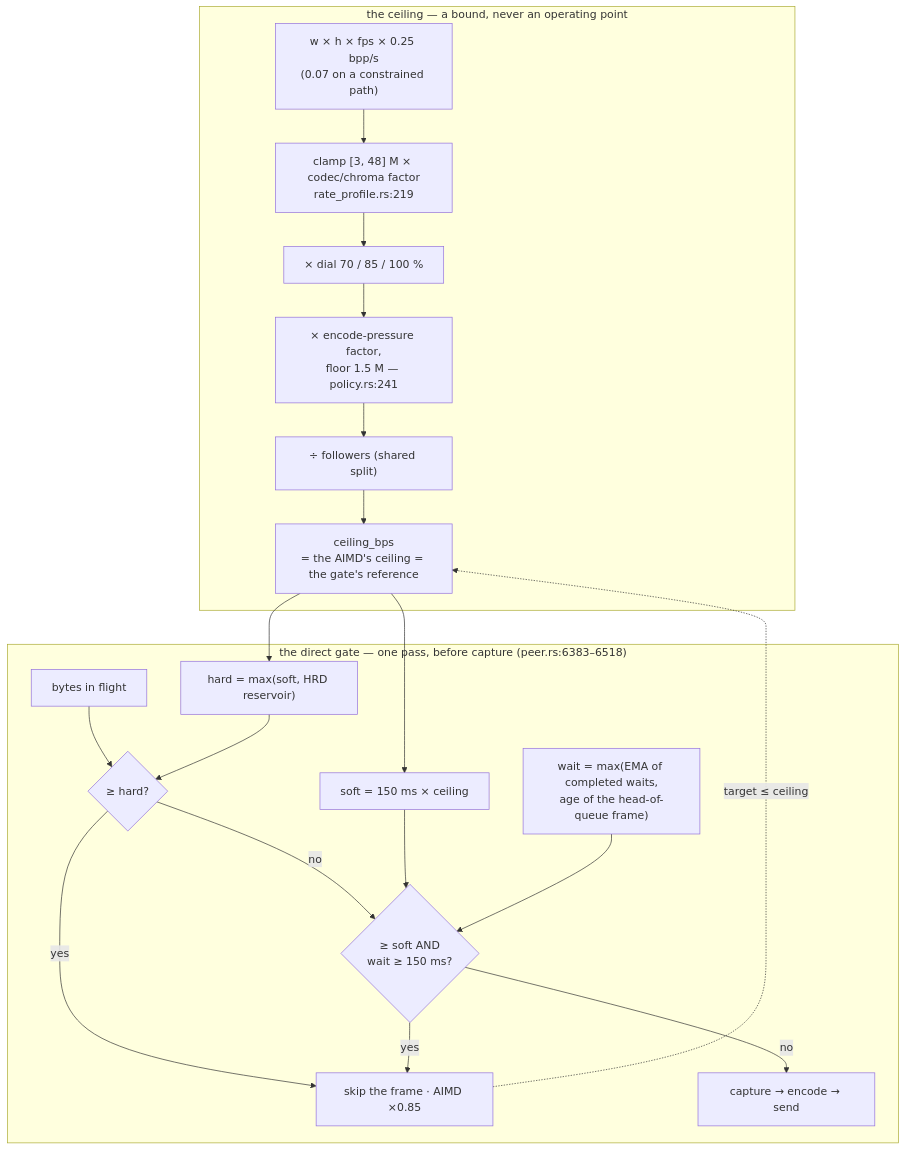
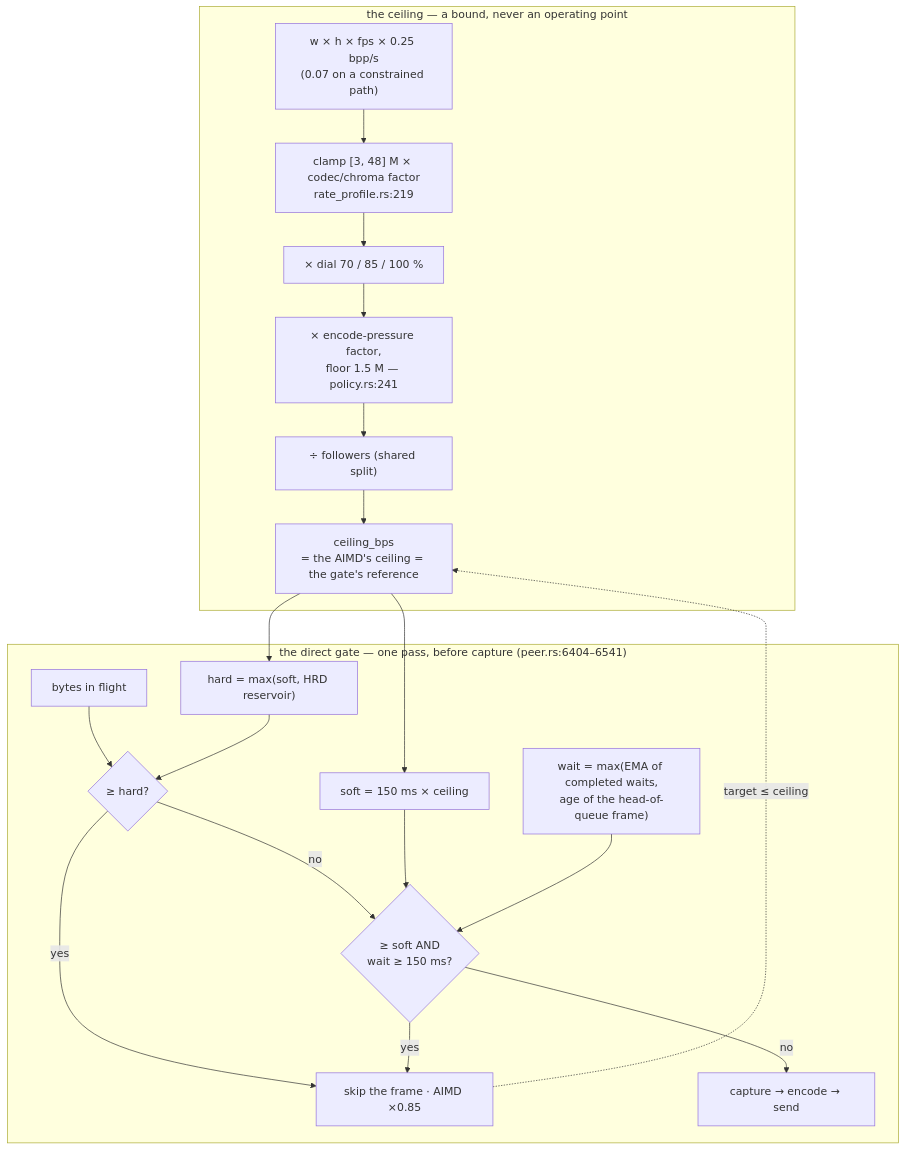
One commit to gjovanov/roomler-ai changed the fifth of 10 diagrams in docs/rate-control.md. Above: the diagram before and after it, drawn with Mermaid. The commit also changed other lines of this file and 48 other files, not shown here.

````diff
--- a/docs/rate-control.md
+++ b/docs/rate-control.md
@@ -755,24 +755,24 @@
 ```mermaid
 flowchart TB
     subgraph ceiling["the ceiling — a bound, never an operating point"]
         G["w × h × fps × 0.25 bpp/s<br/>(0.07 on a constrained path)"] --> C["clamp [3, 48] M × codec/chroma factor<br/>rate_profile.rs:219"]
         C --> D["× dial 70 / 85 / 100 %"]
         D --> E["× encode-pressure factor,<br/>floor 1.5 M — policy.rs:241"]
         E --> S["÷ followers (shared split)"]
         S --> CEIL["ceiling_bps<br/>= the AIMD's ceiling = the gate's reference"]
     end
-    subgraph gate["the direct gate — one pass, before capture (peer.rs:6383–6518)"]
+    subgraph gate["the direct gate — one pass, before capture (peer.rs:6404–6541)"]
         CEIL --> SOFT["soft = 150 ms × ceiling"]
         CEIL --> HARD["hard = max(soft, HRD reservoir)"]
         W["wait = max(EMA of completed waits,<br/>age of the head-of-queue frame)"]
         Q["bytes in flight"] --> H{"≥ hard?"}
         HARD --> H
         H -- yes --> TRIP["skip the frame · AIMD ×0.85"]
         H -- no --> SQ{"≥ soft AND<br/>wait ≥ 150 ms?"}
         SOFT --> SQ
         W --> SQ
         SQ -- yes --> TRIP
         SQ -- no --> PASS["capture → encode → send"]
     end
     TRIP -.->|"target ≤ ceiling"| CEIL
 ```
````
